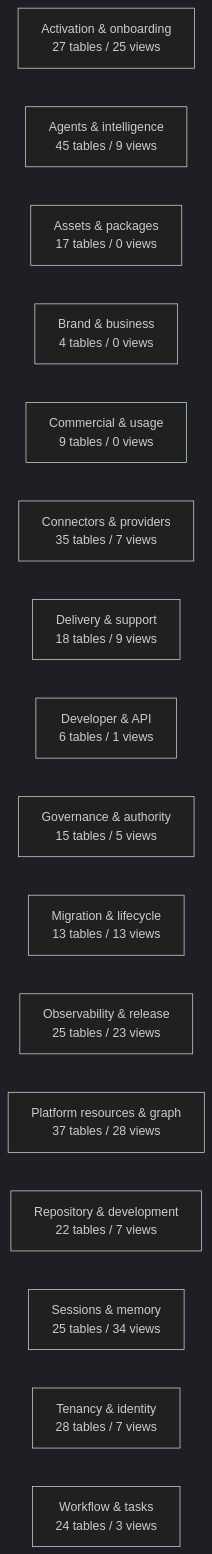
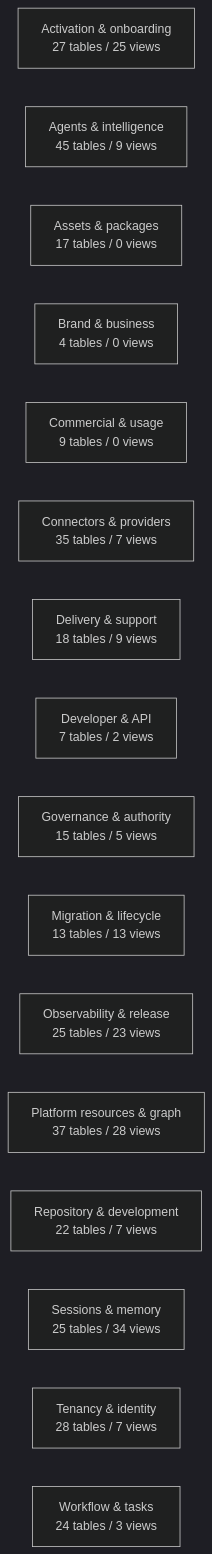
One commit to mad4bdigital-ai/multi-business-multi-role-growth-intelligence-os changed the diagram in docs/work-maps/data-model-domain-map.md. Above: the diagram before and after it, drawn with Mermaid (dark theme). The commit also changed other lines of this file and 4 other files, not shown here.

````diff
--- a/docs/work-maps/data-model-domain-map.md
+++ b/docs/work-maps/data-model-domain-map.md
@@ -9,19 +9,19 @@
 ```mermaid
 flowchart LR
   n_Activation___onboarding["Activation & onboarding<br/>27 tables / 25 views"]
   n_Agents___intelligence["Agents & intelligence<br/>45 tables / 9 views"]
   n_Assets___packages["Assets & packages<br/>17 tables / 0 views"]
   n_Brand___business["Brand & business<br/>4 tables / 0 views"]
   n_Commercial___usage["Commercial & usage<br/>9 tables / 0 views"]
   n_Connectors___providers["Connectors & providers<br/>35 tables / 7 views"]
   n_Delivery___support["Delivery & support<br/>18 tables / 9 views"]
-  n_Developer___API["Developer & API<br/>6 tables / 1 views"]
+  n_Developer___API["Developer & API<br/>7 tables / 2 views"]
   n_Governance___authority["Governance & authority<br/>15 tables / 5 views"]
   n_Migration___lifecycle["Migration & lifecycle<br/>13 tables / 13 views"]
   n_Observability___release["Observability & release<br/>25 tables / 23 views"]
   n_Platform_resources___graph["Platform resources & graph<br/>37 tables / 28 views"]
   n_Repository___development["Repository & development<br/>22 tables / 7 views"]
   n_Sessions___memory["Sessions & memory<br/>25 tables / 34 views"]
   n_Tenancy___identity["Tenancy & identity<br/>28 tables / 7 views"]
   n_Workflow___tasks["Workflow & tasks<br/>24 tables / 3 views"]
 ```
````
